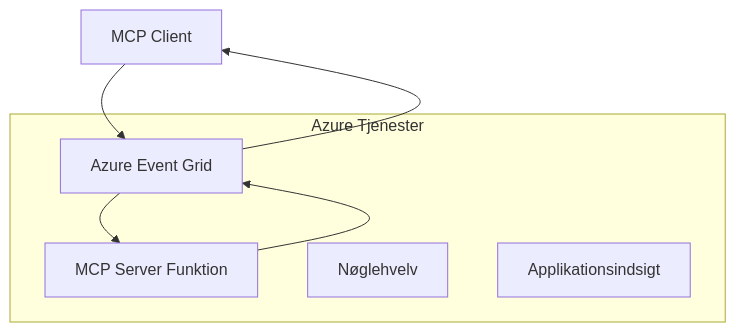
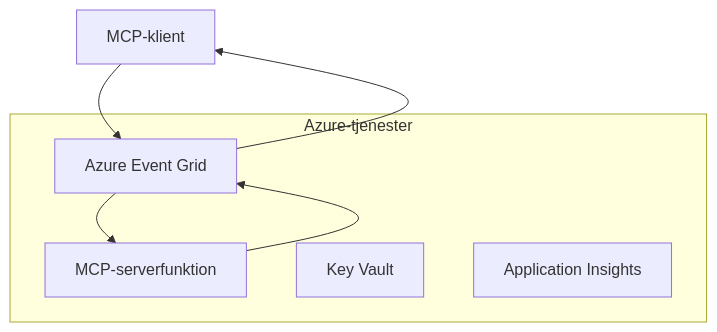
The first of 2 diagrams in mcp_ecosystem__model_context_protocol/mcp_learning_resources/mcp-for-beginners/translations/da/05-AdvancedTopics/mcp-transport/README.md (HIDORAKAI002/ai-workspace-archive), drawn with Mermaid before and after one commit. The commit also changed other lines of this file and 1046 other files, not shown here.

````diff
--- a/mcp_ecosystem__model_context_protocol/mcp_learning_resources/mcp-for-beginners/translations/da/05-AdvancedTopics/mcp-transport/README.md
+++ b/mcp_ecosystem__model_context_protocol/mcp_learning_resources/mcp-for-beginners/translations/da/05-AdvancedTopics/mcp-transport/README.md
@@ -58,14 +60,14 @@
 ```mermaid
 graph TB
-    Client[MCP Client] --> EG[Azure Event Grid]
-    EG --> Server[MCP Server Funktion]
+    Client[MCP-klient] --> EG[Azure Event Grid]
+    EG --> Server[MCP-serverfunktion]
     Server --> EG
     EG --> Client
     
-    subgraph "Azure Tjenester"
+    subgraph "Azure-tjenester"
         EG
         Server
-        KV[Nøglehvelv]
-        Monitor[Applikationsindsigt]
+        KV[Key Vault]
+        Monitor[Application Insights]
     end
 ```
````
